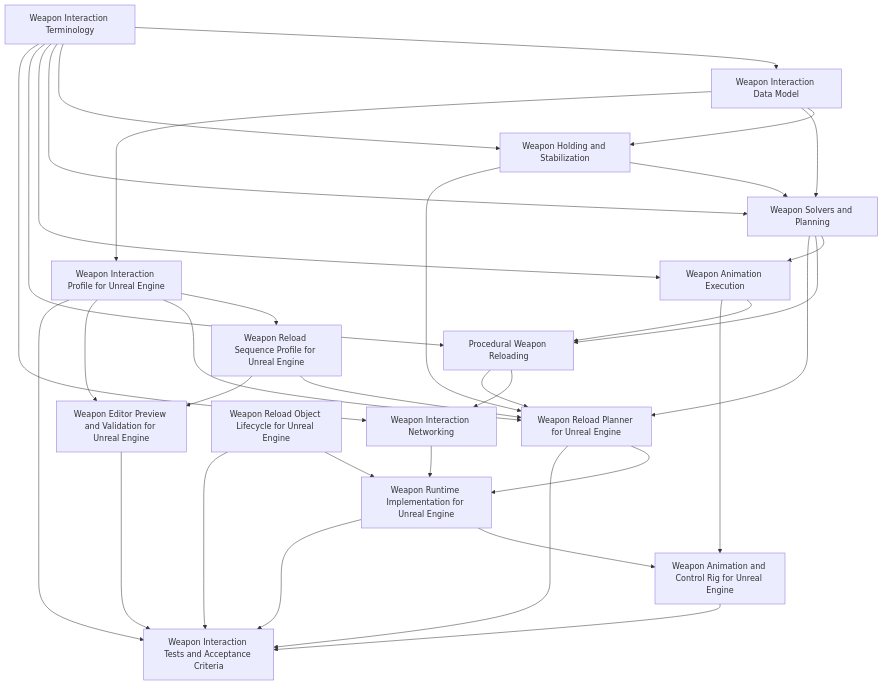
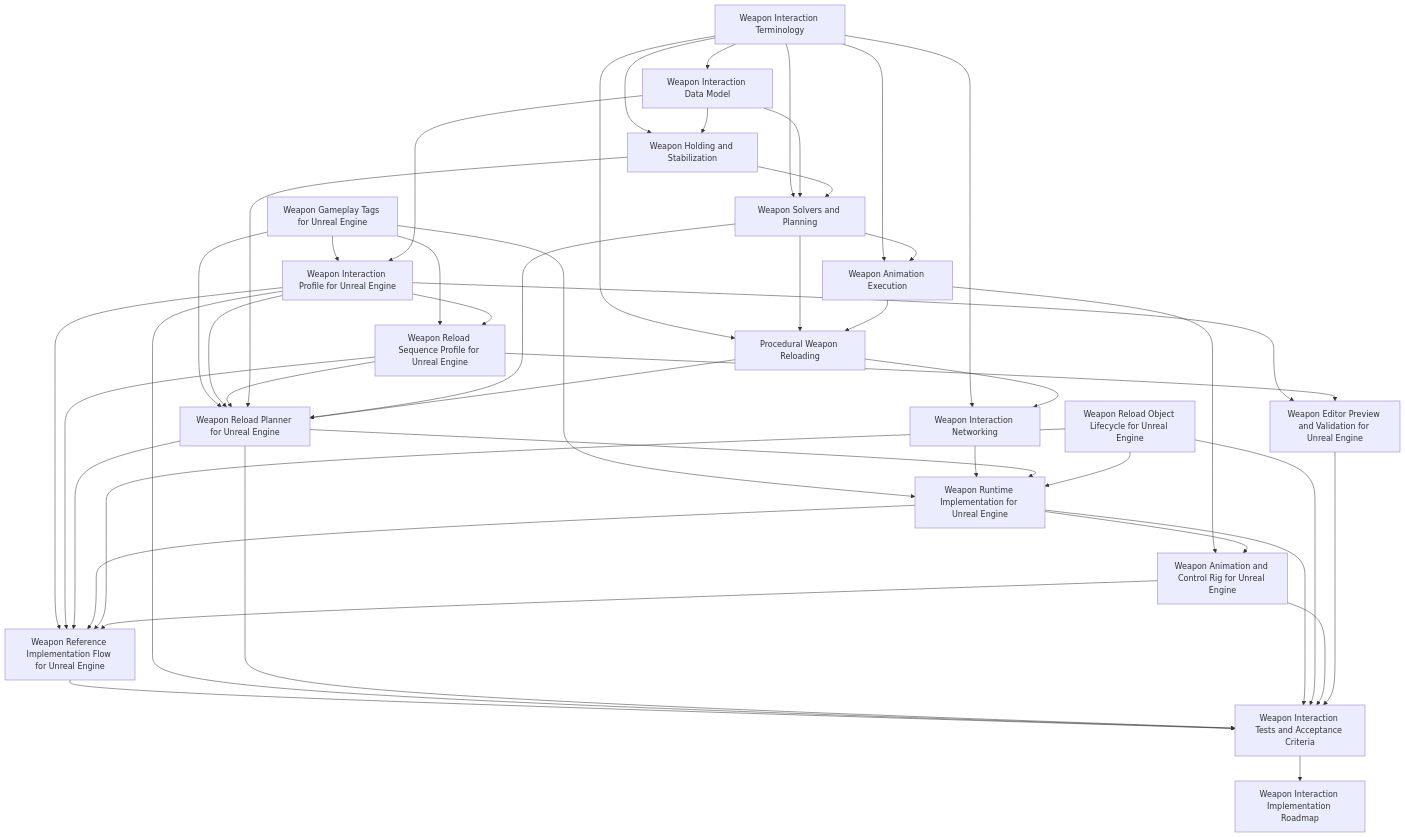
The diagram in docs/12-weapon-interaction/index.md (o-codify/HumanLocomotionSpecificationDocs), drawn with Mermaid before and after one commit. The commit also changed other lines of this file, not shown here.

Commit message:
Update weapon interaction index with reference flow, gameplay tags, and roadmap docs

````diff
--- a/docs/12-weapon-interaction/index.md
+++ b/docs/12-weapon-interaction/index.md
@@ -137,55 +155,71 @@
 ```mermaid
 flowchart TD
     Terms[Weapon Interaction Terminology]
     Data[Weapon Interaction Data Model]
     Holding[Weapon Holding and Stabilization]
     Solvers[Weapon Solvers and Planning]
     AnimExec[Weapon Animation Execution]
     Reload[Procedural Weapon Reloading]
     Net[Weapon Interaction Networking]
+    Tags[Weapon Gameplay Tags for Unreal Engine]
     UEProfile[Weapon Interaction Profile for Unreal Engine]
     UESeq[Weapon Reload Sequence Profile for Unreal Engine]
     UEPlanner[Weapon Reload Planner for Unreal Engine]
     UERuntime[Weapon Runtime Implementation for Unreal Engine]
     UEObjects[Weapon Reload Object Lifecycle for Unreal Engine]
     UERig[Weapon Animation and Control Rig for Unreal Engine]
     UEPreview[Weapon Editor Preview and Validation for Unreal Engine]
+    Ref[Weapon Reference Implementation Flow for Unreal Engine]
     Tests[Weapon Interaction Tests and Acceptance Criteria]
+    Roadmap[Weapon Interaction Implementation Roadmap]
 
     Terms --> Data
     Terms --> Holding
     Terms --> Solvers
     Terms --> AnimExec
     Terms --> Reload
     Terms --> Net
 
     Data --> Holding
     Data --> Solvers
     Holding --> Solvers
     Solvers --> AnimExec
     Solvers --> Reload
     AnimExec --> Reload
     Reload --> Net
 
+    Tags --> UEProfile
+    Tags --> UESeq
+    Tags --> UEPlanner
+    Tags --> UERuntime
     Data --> UEProfile
     UEProfile --> UESeq
     UEProfile --> UEPlanner
     UESeq --> UEPlanner
     Holding --> UEPlanner
     Solvers --> UEPlanner
     Reload --> UEPlanner
     Net --> UERuntime
     UEPlanner --> UERuntime
     UEObjects --> UERuntime
     AnimExec --> UERig
     UERuntime --> UERig
     UEProfile --> UEPreview
     UESeq --> UEPreview
 
+    UEProfile --> Ref
+    UESeq --> Ref
+    UEPlanner --> Ref
+    UERuntime --> Ref
+    UEObjects --> Ref
+    UERig --> Ref
+
+    Ref --> Tests
     UEProfile --> Tests
     UEPlanner --> Tests
     UERuntime --> Tests
     UEObjects --> Tests
     UERig --> Tests
     UEPreview --> Tests
+    Tests --> Roadmap
 ```
````
